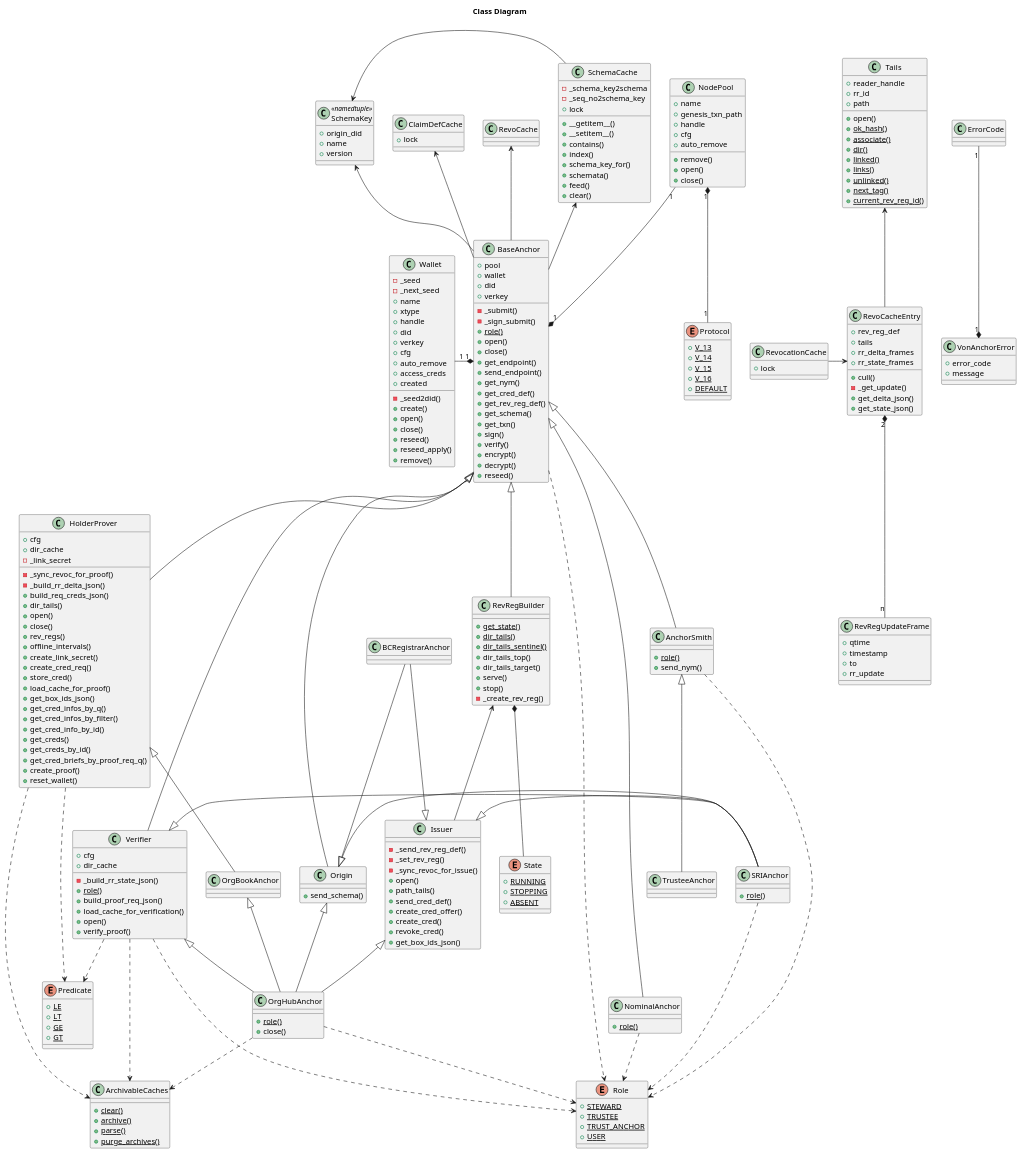
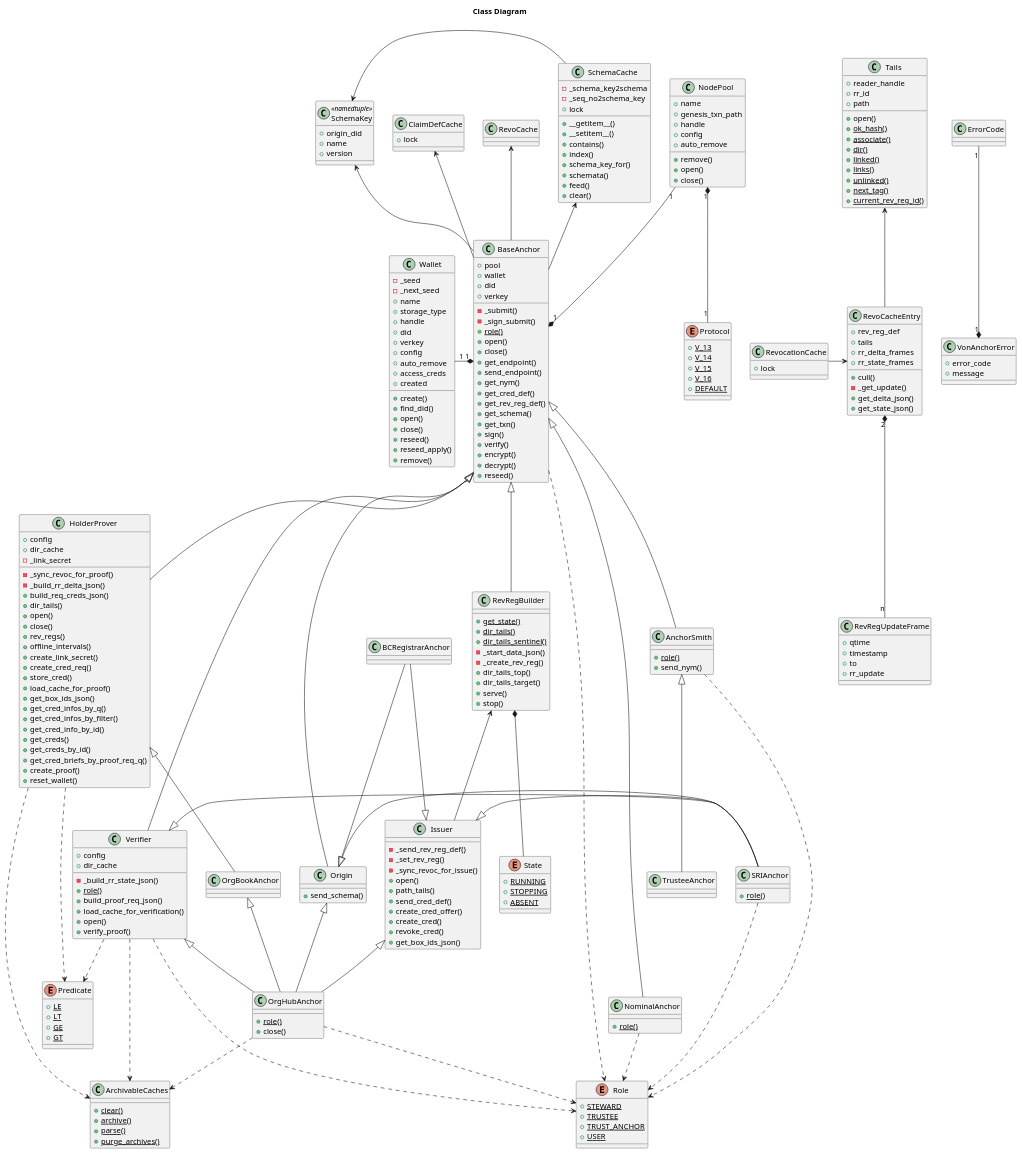
Before and after one commit to PSPC-SPAC-buyandsell/von_anchor: the diagram in docs/source/pic/src/class.puml, drawn with PlantUML. The commit also changed 24 other files, not shown here.

Commit message:
restrict wallet seed to creation; carry issuer wallet config through external rev reg builder

```diff
--- a/docs/source/pic/src/class.puml
+++ b/docs/source/pic/src/class.puml
@@ -94,19 +94,19 @@
 }
 
 class Wallet {
-    -_seed2did()
     -_seed
     -_next_seed
     +name
-    +xtype
+    +storage_type
     +handle
     +did
     +verkey
-    +cfg
+    +config
     +auto_remove
     +access_creds
     +created
     +create()
+    +find_did()
     +open()
     +close()
     +reseed()
@@ -126,7 +126,7 @@
     +name
     +genesis_txn_path
     +handle
-    +cfg
+    +config
     +auto_remove
     +remove()
     +open()
@@ -184,11 +184,12 @@
     {static} +get_state()
     {static} +dir_tails()
     {static} +dir_tails_sentinel()
+    -_start_data_json()
+    -_create_rev_reg()
     +dir_tails_top()
     +dir_tails_target()
     +serve()
     +stop()
-    -_create_rev_reg()
 }
 
 enum State {
@@ -211,7 +212,7 @@
 }
 
 class HolderProver {
-    +cfg
+    +config
     +dir_cache
     -_link_secret
     -_sync_revoc_for_proof()
@@ -238,7 +239,7 @@
 }
 
 class Verifier {
-    +cfg
+    +config
     +dir_cache
     -_build_rr_state_json()
     {static} +role()
@@ -277,7 +278,6 @@
 NodePool "1" *-- "1" Protocol
 
 RevRegBuilder *-- State
-
 
 BaseAnchor -up-> SchemaCache
 BaseAnchor "1" *-left- "1" Wallet
```
